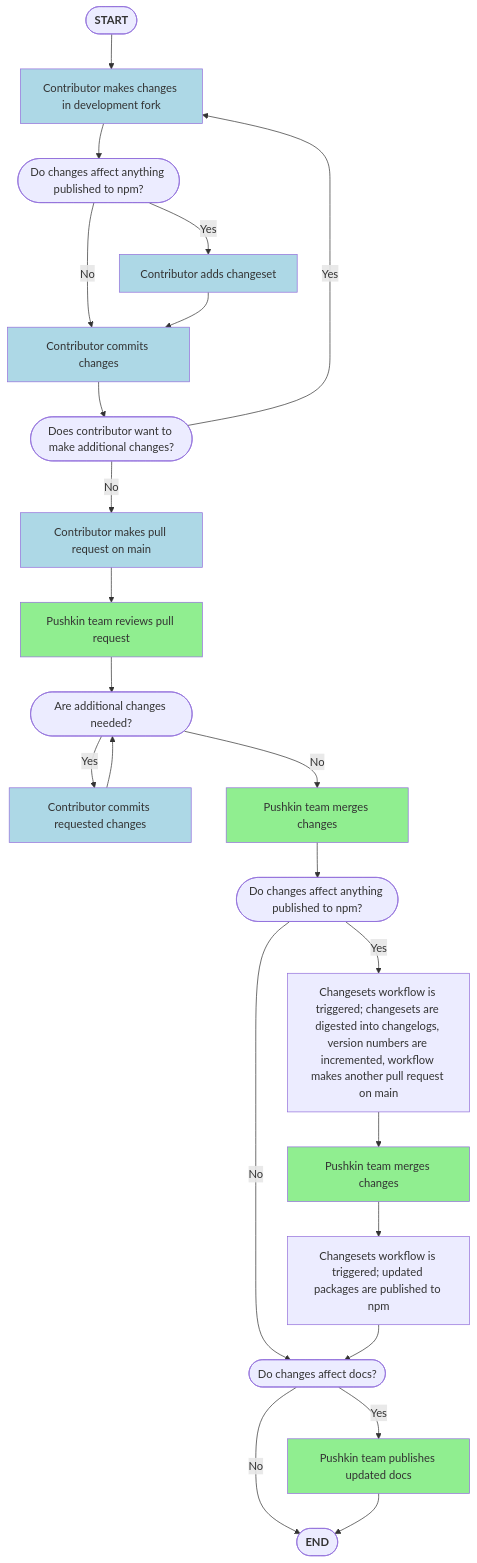
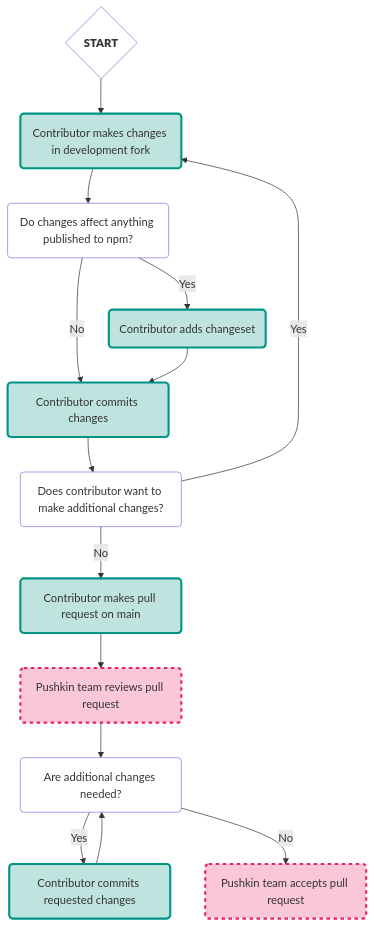
One commit to pushkin-consortium/pushkin changed the second of 3 diagrams in docs/developers/contributor-guidelines.md. Above: the diagram before and after it, drawn with Mermaid. The commit also changed other lines of this file, not shown here.

Commit message:
Updated contribution flowchart

````diff
--- a/docs/developers/contributor-guidelines.md
+++ b/docs/developers/contributor-guidelines.md
@@ -66,47 +77,33 @@
-```mermaid
-    flowchart TB
-        START(["`**START**`"])
-        changes["`Contributor makes changes in development fork`"]
-        what_changed(["`Do changes affect anything published to npm?`"])
-        changeset_needed["`Contributor adds changeset`"]
-        commit["`Contributor commits changes`"]
-        more_changes(["`Does contributor want to make additional changes?`"])
-        pull_request["`Contributor makes pull request on main`"]
-        review["`Pushkin team reviews pull request`"]
-        review_changes(["`Are additional changes needed?`"])
-        update_pr["`Contributor commits requested changes`"]
-        accept_pr["`Pushkin team merges changes`"]
-        what_changed2(["`Do changes affect anything published to npm?`"])
-        docs_affected(["`Do changes affect docs?`"])
-        changesets_action["`Changesets workflow is triggered; changesets are digested into changelogs, version numbers are incremented, workflow makes another pull request on main`"]
-        accept_changesets_pr["`Pushkin team merges changes`"]
-        changesets_action2["`Changesets workflow is triggered; updated packages are published to npm`"]
-        docs_deploy["`Pushkin team publishes updated docs`"]
-        END(["`**END**`"])
+    ```mermaid
+        flowchart TB
+            START{START}
+            changes(Contributor makes changes in development fork)
+            what_changed(Do changes affect anything published to npm?)
+            changeset_needed(Contributor adds changeset)
+            commit(Contributor commits changes)
+            more_changes(Does contributor want to make additional changes?)
+            pull_request(Contributor makes pull request on main)
+            review(Pushkin team reviews pull request)
+            review_changes(Are additional changes needed?)
+            update_pr(Contributor commits requested changes)
+            accept_pr(Pushkin team accepts pull request)
 
-        START --> changes:::contributor
-        changes --> what_changed
-        what_changed -- Yes --> changeset_needed:::contributor
-        what_changed -- No --> commit:::contributor
-        changeset_needed --> commit
-        commit --> more_changes
-        more_changes -- Yes --> changes:::contributor
-        more_changes -- No --> pull_request:::contributor
-        pull_request --> review:::pushkin-team
-        review --> review_changes
-        review_changes -- Yes --> update_pr:::contributor
-        update_pr --> review_changes
-        review_changes -- No --> accept_pr:::pushkin-team
-        accept_pr --> what_changed2
-        what_changed2 -- Yes --> changesets_action
-        what_changed2 -- No --> docs_affected
-        changesets_action --> accept_changesets_pr:::pushkin-team
-        accept_changesets_pr --> changesets_action2
-        changesets_action2 --> docs_affected
-        docs_affected -- Yes --> docs_deploy:::pushkin-team
-        docs_affected -- No --> END
-        docs_deploy --> END
+            START:::terminal --> changes:::contributor
+            changes --> what_changed:::non-action
+            what_changed -- Yes --> changeset_needed:::contributor
+            what_changed -- No --> commit:::contributor
+            changeset_needed --> commit
+            commit --> more_changes:::non-action
+            more_changes -- Yes --> changes:::contributor
+            more_changes -- No --> pull_request:::contributor
+            pull_request --> review:::pushkin-team
+            review --> review_changes:::non-action
+            review_changes -- Yes --> update_pr:::contributor
+            update_pr --> review_changes
+            review_changes -- No --> accept_pr:::pushkin-team
 
-        classDef contributor fill:lightblue
-        classDef pushkin-team fill:lightgreen
-```
+            classDef terminal font-weight:bolder,fill:transparent
+            classDef non-action fill:transparent
+            classDef contributor stroke:#009485,stroke-width:3px,stroke-opacity:1,fill:#009485,fill-opacity:0.25
+            classDef pushkin-team stroke:#e92063,stroke-width:3px,stroke-opacity:1,stroke-dasharray:5,fill:#e92063,fill-opacity:0.25
+    ```
````
